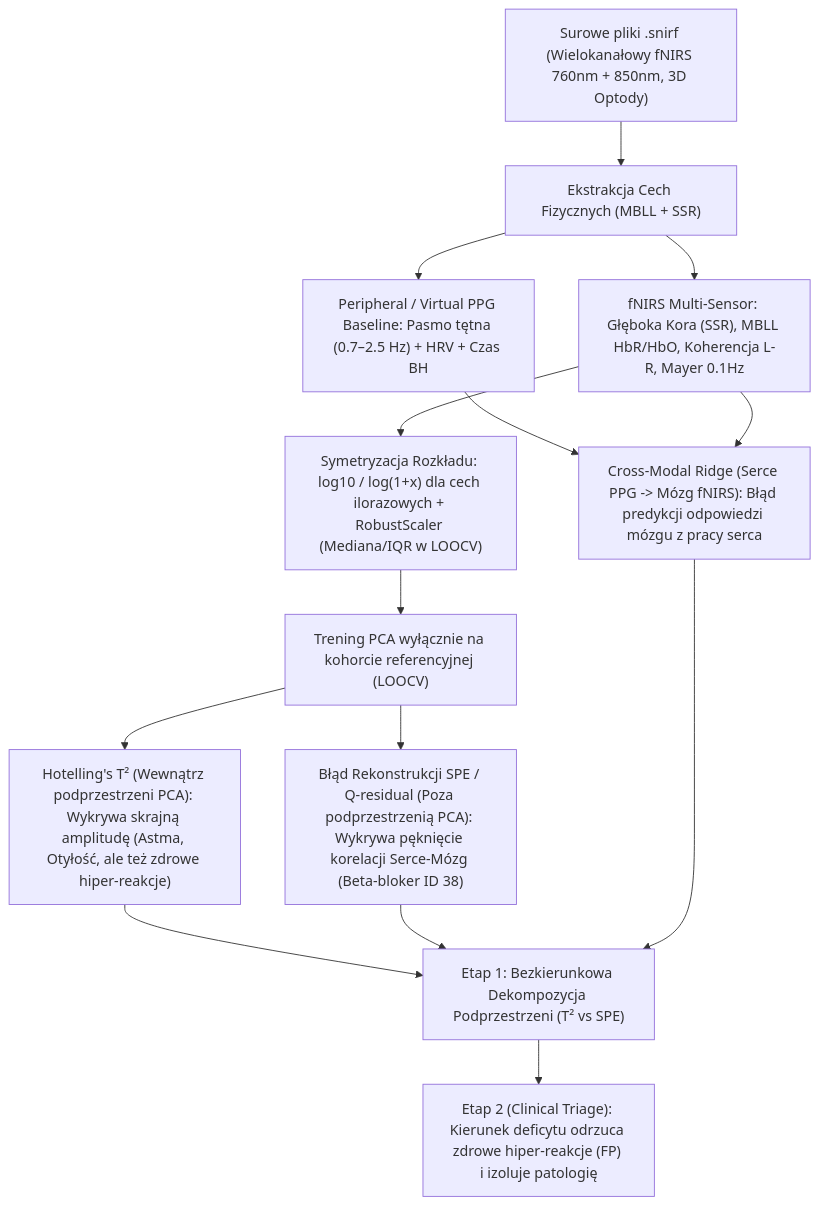
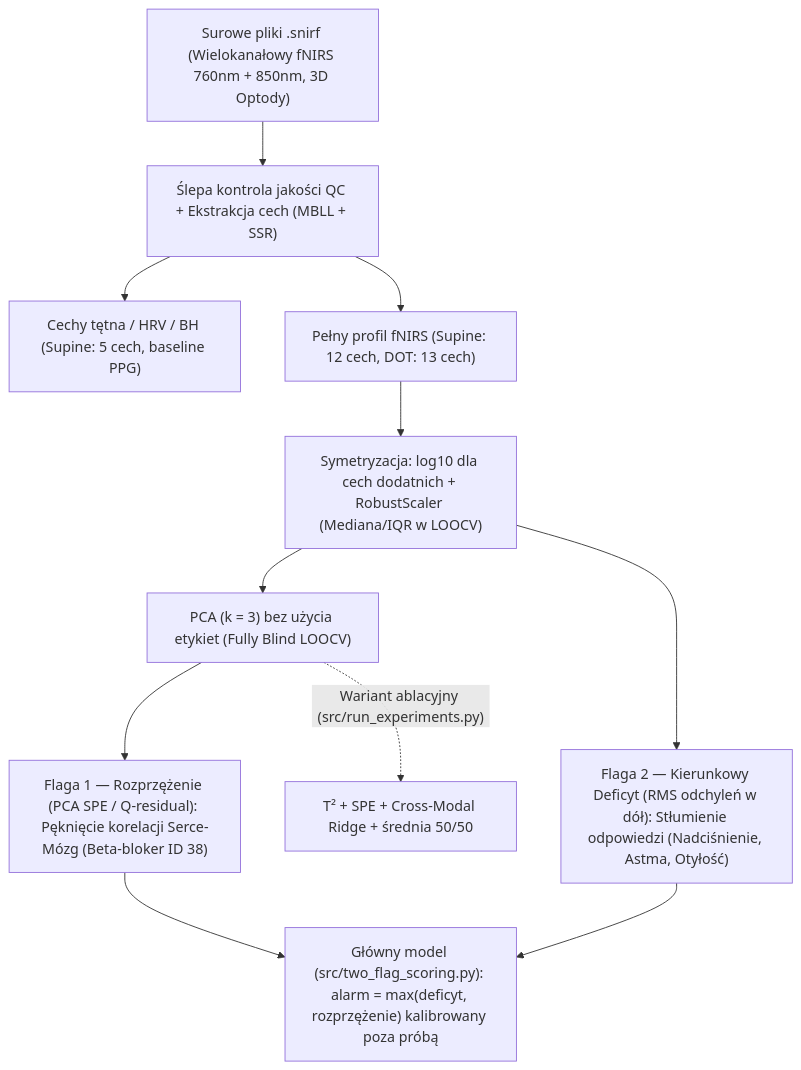
The diagram in METHODOLOGY_ANOMALY_DETECTION.md (OskarPluta/brainheroes), drawn with Mermaid before and after one commit. The commit also changed other lines of this file and 23 other files, not shown here.

````diff
--- a/METHODOLOGY_ANOMALY_DETECTION.md
+++ b/METHODOLOGY_ANOMALY_DETECTION.md
@@ -63,13 +68,12 @@
 ```mermaid
 flowchart TD
-    A["Surowe pliki .snirf (Wielokanałowy fNIRS 760nm + 850nm, 3D Optody)"] --> B["Ekstrakcja Cech Fizycznych (MBLL + SSR)"]
-    B --> B1["Peripheral / Virtual PPG Baseline: Pasmo tętna (0.7–2.5 Hz) + HRV + Czas BH"]
-    B --> B2["fNIRS Multi-Sensor: Głęboka Kora (SSR), MBLL HbR/HbO, Koherencja L-R, Mayer 0.1Hz"]
-    B2 --> C["Symetryzacja Rozkładu: log10 / log(1+x) dla cech ilorazowych + RobustScaler (Mediana/IQR w LOOCV)"]
-    C --> D["Trening PCA wyłącznie na kohorcie referencyjnej (LOOCV)"]
-    D --> E1["Hotelling's T² (Wewnątrz podprzestrzeni PCA): Wykrywa skrajną amplitudę (Astma, Otyłość, ale też zdrowe hiper-reakcje)"]
-    D --> E2["Błąd Rekonstrukcji SPE / Q-residual (Poza podprzestrzenią PCA): Wykrywa pęknięcie korelacji Serce-Mózg (Beta-bloker ID 38)"]
-    B1 & B2 --> E3["Cross-Modal Ridge (Serce PPG -> Mózg fNIRS): Błąd predykcji odpowiedzi mózgu z pracy serca"]
-    E1 & E2 & E3 --> F["Etap 1: Bezkierunkowa Dekompozycja Podprzestrzeni (T² vs SPE)"]
-    F --> G["Etap 2 (Clinical Triage): Kierunek deficytu odrzuca zdrowe hiper-reakcje (FP) i izoluje patologię"]
+    A["Surowe pliki .snirf (Wielokanałowy fNIRS 760nm + 850nm, 3D Optody)"] --> B["Ślepa kontrola jakości QC + Ekstrakcja cech (MBLL + SSR)"]
+    B --> B1["Cechy tętna / HRV / BH (Supine: 5 cech, baseline PPG)"]
+    B --> B2["Pełny profil fNIRS (Supine: 12 cech, DOT: 13 cech)"]
+    B2 --> C["Symetryzacja: log10 dla cech dodatnich + RobustScaler (Mediana/IQR w LOOCV)"]
+    C --> D["PCA (k = 3) bez użycia etykiet (Fully Blind LOOCV)"]
+    D --> E["Flaga 1 — Rozprzężenie (PCA SPE / Q-residual): Pęknięcie korelacji Serce-Mózg (Beta-bloker ID 38)"]
+    C --> F["Flaga 2 — Kierunkowy Deficyt (RMS odchyleń w dół): Stłumienie odpowiedzi (Nadciśnienie, Astma, Otyłość)"]
+    E & F --> G["Główny model (src/two_flag_scoring.py): alarm = max(deficyt, rozprzężenie) kalibrowany poza próbą"]
+    D -. "Wariant ablacyjny (src/run_experiments.py)" .-> H["T² + SPE + Cross-Modal Ridge + średnia 50/50"]
 ```
````
